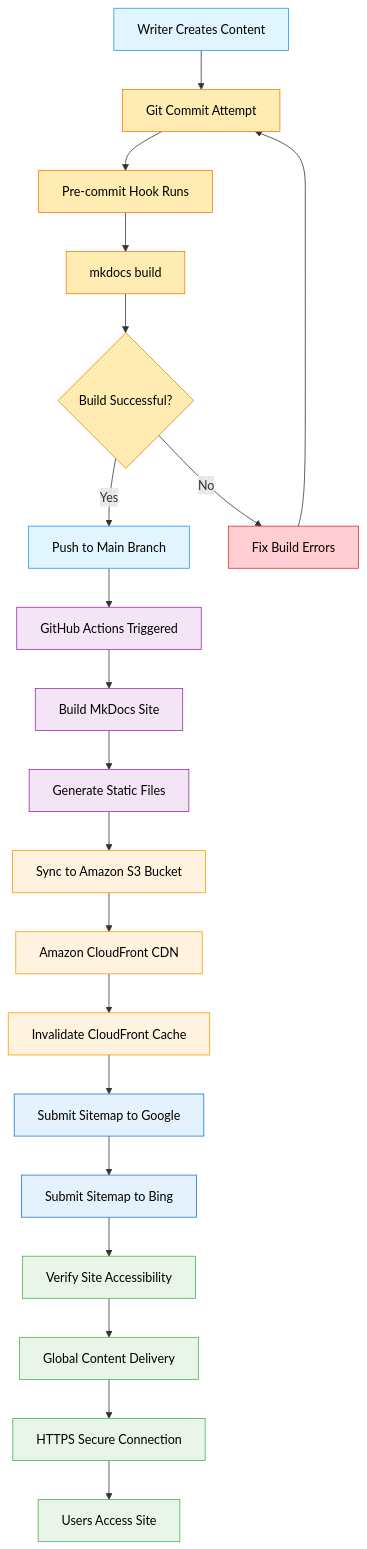
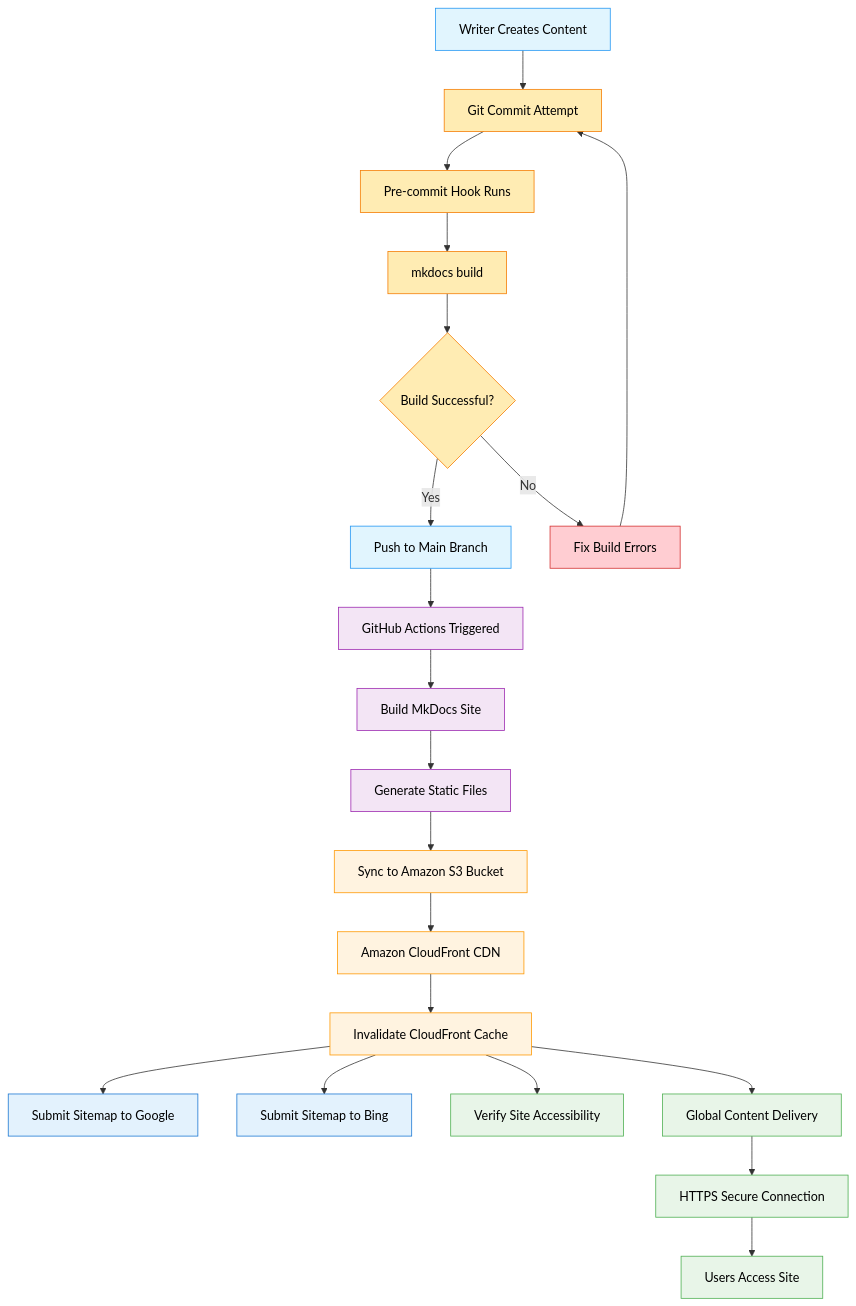
One commit to scottsaenz/scottsaenz-site changed the diagram in docs/blog/posts/20250601.md. Above: the diagram before and after it, drawn with Mermaid.

Commit message:
upd flowchart

````diff
--- a/docs/blog/posts/20250601.md
+++ b/docs/blog/posts/20250601.md
@@ -30,59 +30,59 @@
 ```mermaid
 flowchart TD
     J[Writer Creates Content] --> K[Git Commit Attempt]
     K --> L[Pre-commit Hook Runs]
     L --> M[mkdocs build]
     M --> N{Build Successful?}
     N -->|Yes| A[Push to Main Branch]
     N -->|No| O[Fix Build Errors]
     O --> K
     
     A --> B[GitHub Actions Triggered]
     B --> C[Build MkDocs Site]
     C --> D[Generate Static Files]
     D --> E[Sync to Amazon S3 Bucket]
     E --> F[Amazon CloudFront CDN]
     F --> P[Invalidate CloudFront Cache]
     P --> Q[Submit Sitemap to Google]
-    Q --> R[Submit Sitemap to Bing]
-    R --> S[Verify Site Accessibility]
-    S --> G[Global Content Delivery]
+    P --> R[Submit Sitemap to Bing]
+    P--> S[Verify Site Accessibility]
+    P --> G[Global Content Delivery]
     G --> H[HTTPS Secure Connection]
     H --> I[Users Access Site]
     
     style A fill:#e1f5fe,color:#000
     style B fill:#f3e5f5,color:#000
     style C fill:#f3e5f5,color:#000
     style D fill:#f3e5f5,color:#000
     style E fill:#fff3e0,color:#000
     style F fill:#fff3e0,color:#000
     style P fill:#fff3e0,color:#000
     style Q fill:#e3f2fd,color:#000
     style R fill:#e3f2fd,color:#000
     style S fill:#e8f5e8,color:#000
     style G fill:#e8f5e8,color:#000
     style H fill:#e8f5e8,color:#000
     style I fill:#e8f5e8,color:#000
     style J fill:#e1f5fe,color:#000
     style K fill:#ffecb3,color:#000
     style L fill:#ffecb3,color:#000
     style M fill:#ffecb3,color:#000
     style N fill:#ffecb3,color:#000
     style O fill:#ffcdd2,color:#000
     
     classDef automation fill:#f3e5f5,stroke:#9c27b0,color:#000
     classDef aws fill:#fff3e0,stroke:#ff9800,color:#000
     classDef seo fill:#e3f2fd,stroke:#1976d2,color:#000
     classDef delivery fill:#e8f5e8,stroke:#4caf50,color:#000
     classDef user fill:#e1f5fe,stroke:#2196f3,color:#000
     classDef precommit fill:#ffecb3,stroke:#f57c00,color:#000
     classDef error fill:#ffcdd2,stroke:#d32f2f,color:#000
     
     class B,C,D automation
     class E,F,P aws
     class Q,R seo
     class S,G,H,I delivery
     class A,J user
     class K,L,M,N precommit
     class O error
 ```
````
